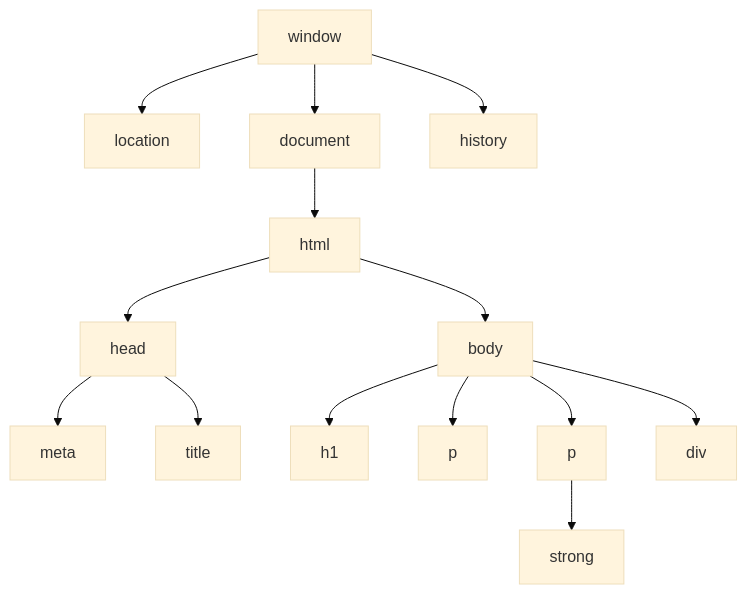
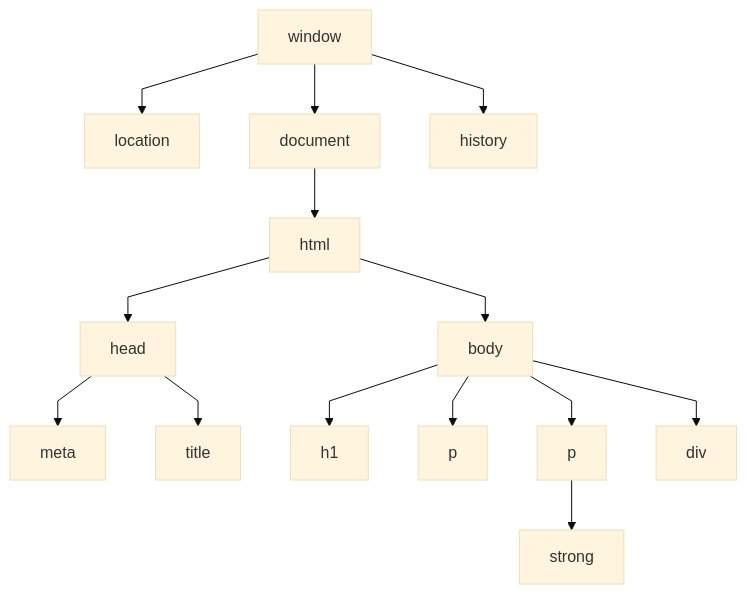
One commit to JenifferMendes/meus-estudos changed the first of 7 diagrams in curso-em-video/javascript/notejavascript.md. Above: the diagram before and after it, drawn with Mermaid (base theme). The commit also changed other lines of this file, not shown here.

````diff
--- a/curso-em-video/javascript/notejavascript.md
+++ b/curso-em-video/javascript/notejavascript.md
@@ -196,16 +196,17 @@
 ```mermaid
-graph TD;
+%%{init: {"flowchart": { "curve": "linear"}}}%%
+flowchart TB;
 window --> location
 window --> document
 window --> history
 document --> html
 html --> head
 html --> body
 head --> meta
 head --> title
 body --> h1
 body --> p_1[p]
 body --> p_2[p]
 body --> div
 p_2[p] --> strong
 ```
````
